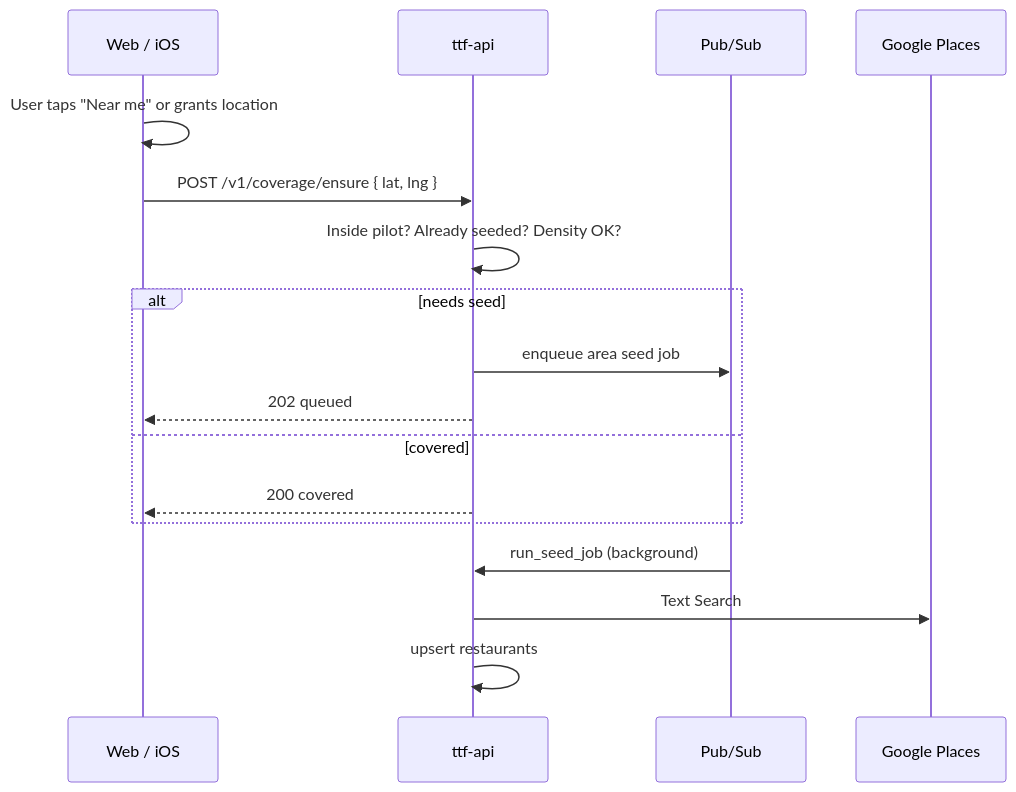
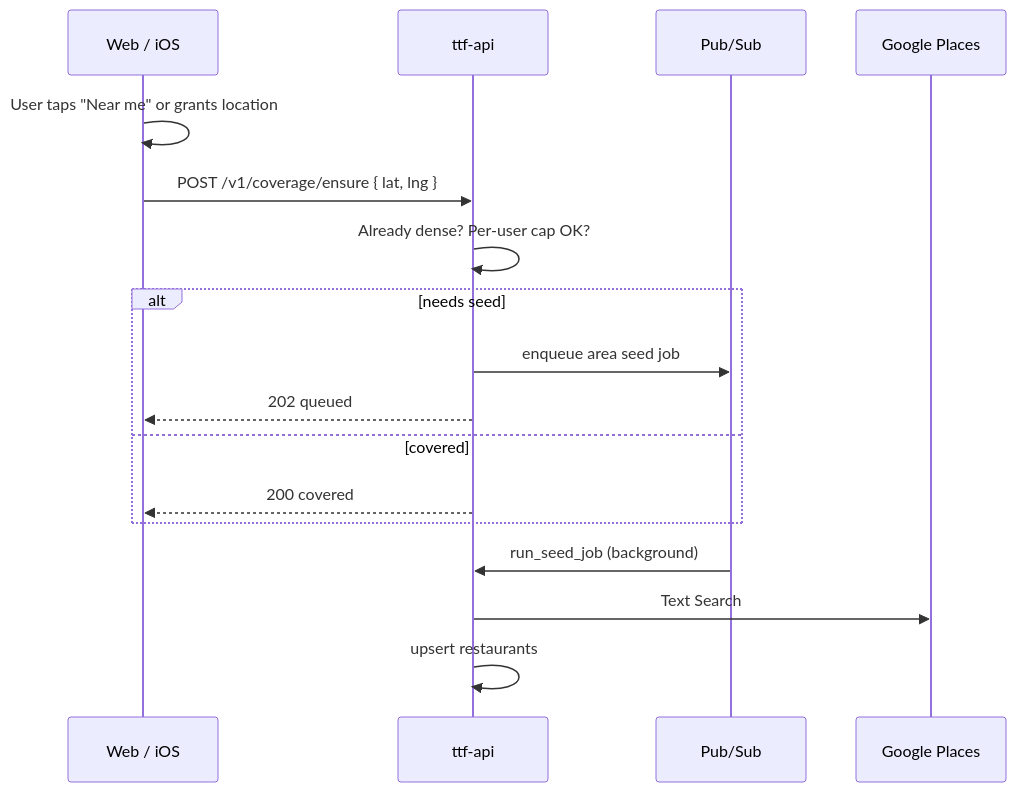
The diagram in docs/MAP_SEARCH_AND_SEEDING.md (samueljoeharris/restaurant_app), drawn with Mermaid before and after one commit. The commit also changed other lines of this file and 8 other files, not shown here.

````diff
--- a/docs/MAP_SEARCH_AND_SEEDING.md
+++ b/docs/MAP_SEARCH_AND_SEEDING.md
@@ -357,20 +355,20 @@
 ```mermaid
 sequenceDiagram
     participant Client as Web / iOS
     participant API as ttf-api
     participant PS as Pub/Sub
     participant Places as Google Places
 
     Client->>Client: User taps "Near me" or grants location
     Client->>API: POST /v1/coverage/ensure { lat, lng }
-    API->>API: Inside pilot? Already seeded? Density OK?
+    API->>API: Already dense? Per-user cap OK?
     alt needs seed
         API->>PS: enqueue area seed job
         API-->>Client: 202 queued
     else covered
         API-->>Client: 200 covered
     end
     PS->>API: run_seed_job (background)
     API->>Places: Text Search
     API->>API: upsert restaurants
 ```
````
